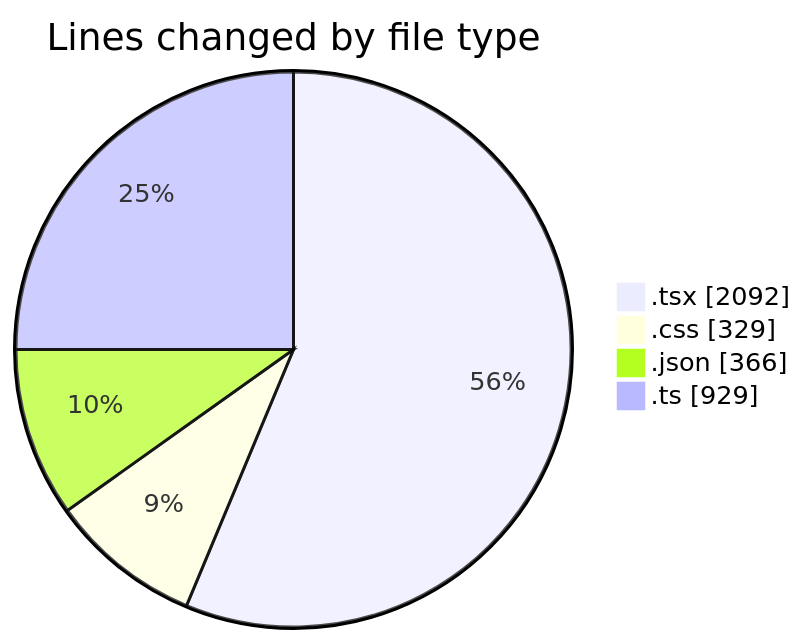
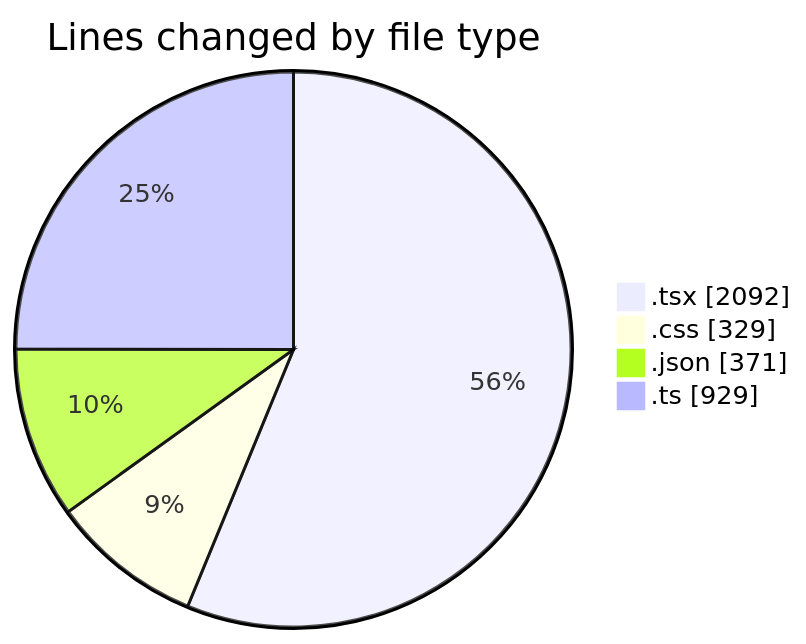
The first of 2 diagrams in 2025-10-10/eventscop-frontend-guide__workspace_/README.md (julien-gomy/code-tracking), drawn with Mermaid before and after one commit. The commit also changed other lines of this file and 1 other file, not shown here.

````diff
--- a/2025-10-10/eventscop-frontend-guide__workspace_/README.md
+++ b/2025-10-10/eventscop-frontend-guide__workspace_/README.md
@@ -35,8 +35,8 @@
 ```mermaid
 pie showData
 title Lines changed by file type
 ".tsx" : 2092
 ".css" : 329
-".json" : 366
+".json" : 371
 ".ts" : 929
 ```
````
